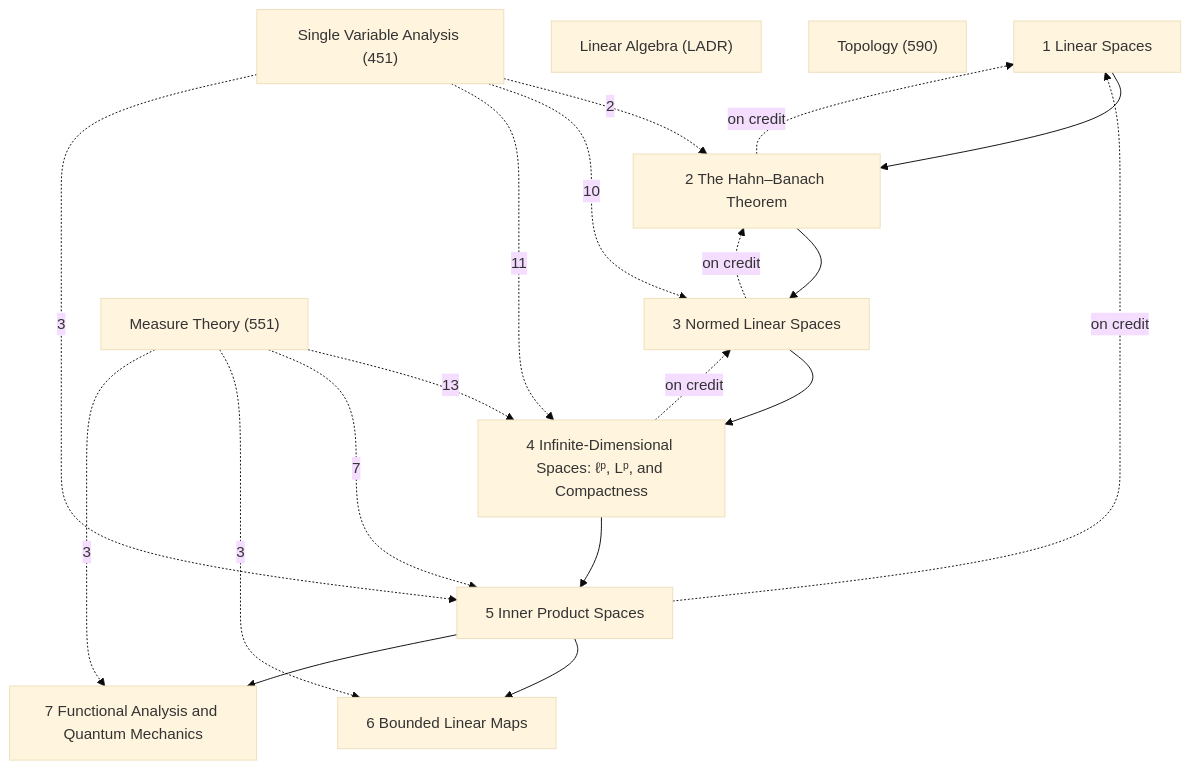
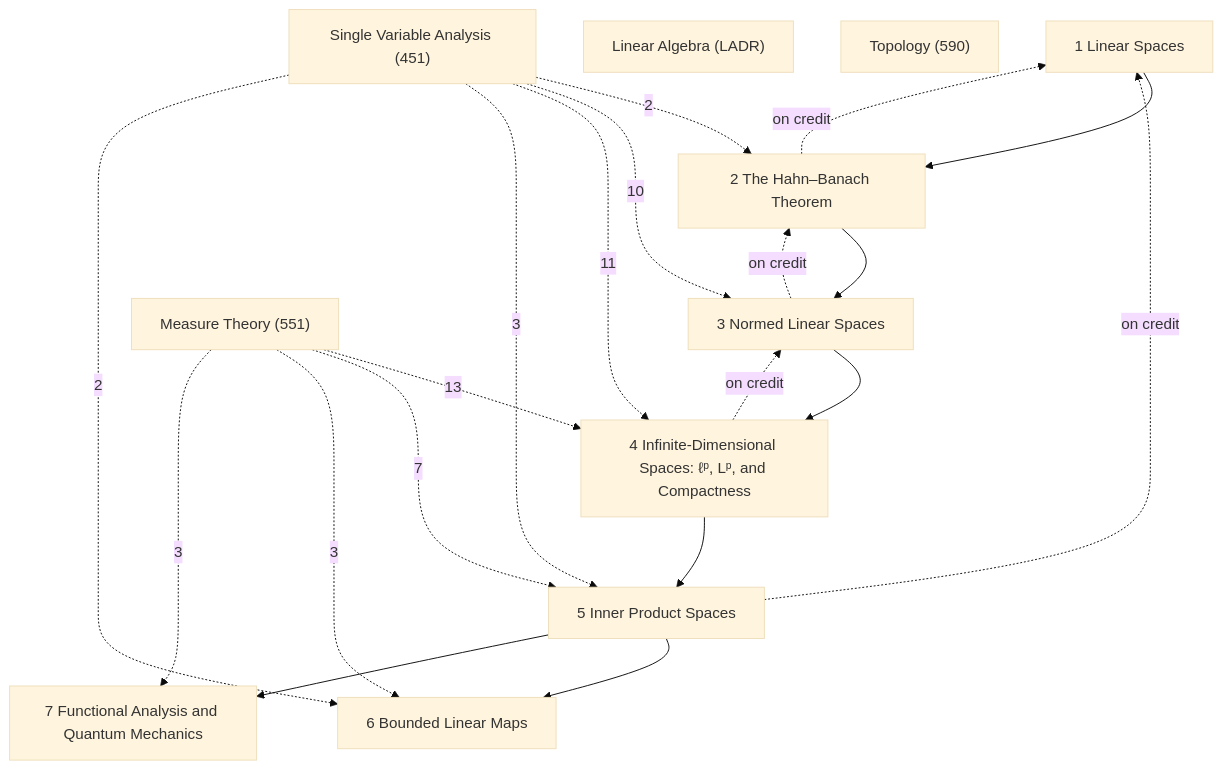
One commit to Onion20040508/notes changed the diagram in Math/Functional Analysis/Functional Analysis.md. Above: the diagram before and after it, drawn with Mermaid (base theme). The commit also changed other lines of this file and 89 other files, not shown here.

````diff
--- a/Math/Functional Analysis/Functional Analysis.md
+++ b/Math/Functional Analysis/Functional Analysis.md
@@ -33,32 +33,33 @@
 ```mermaid
 graph TD
   C1["1 Linear Spaces"]
   C2["2 The Hahn–Banach Theorem"]
   C3["3 Normed Linear Spaces"]
   C4["4 Infinite-Dimensional Spaces: ℓᵖ, Lᵖ, and Compactness"]
   C5["5 Inner Product Spaces"]
   C6["6 Bounded Linear Maps"]
   C7["7 Functional Analysis and Quantum Mechanics"]
   X1["Linear Algebra (LADR)"]
   X2["Measure Theory (551)"]
   X3["Topology (590)"]
   X4["Single Variable Analysis (451)"]
   C1 --> C2
   C2 --> C3
   C3 --> C4
   C4 --> C5
   C5 --> C6
   C5 --> C7
   C2 -.->|on credit| C1
   C3 -.->|on credit| C2
   C4 -.->|on credit| C3
   C5 -.->|on credit| C1
   X2 -.->|13| C4
   X2 -.->|7| C5
   X2 -.->|3| C6
   X2 -.->|3| C7
   X4 -.->|2| C2
   X4 -.->|10| C3
   X4 -.->|11| C4
   X4 -.->|3| C5
+  X4 -.->|2| C6
 ```
````
